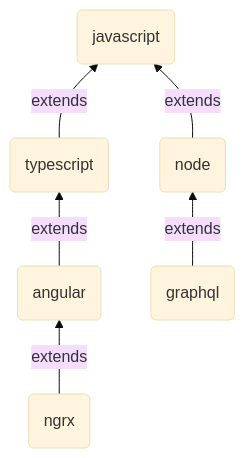
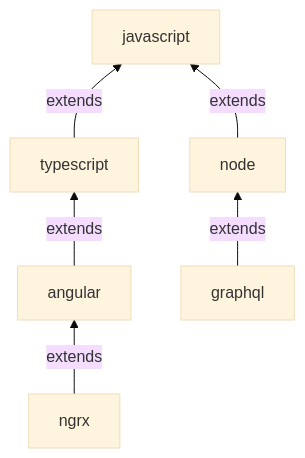
One commit to code-pushup/eslint-config changed the diagram in README.md. Above: the diagram before and after it, drawn with Mermaid (base theme). The commit also changed 1 other file, not shown here.

Commit message:
Simplify Mermaid diagram markup in README

````diff
--- a/README.md
+++ b/README.md
@@ -29,14 +29,8 @@
 ```mermaid
   graph BT;
-    javascript("javascript")
-    typescript("typescript")
-    node("node")
-    angular("angular")
-    ngrx("ngrx")
-    graphql("graphql")
     typescript --extends--> javascript
     node --extends--> javascript
     angular --extends--> typescript
     ngrx --extends--> angular
     graphql --extends--> node
 ```
````
